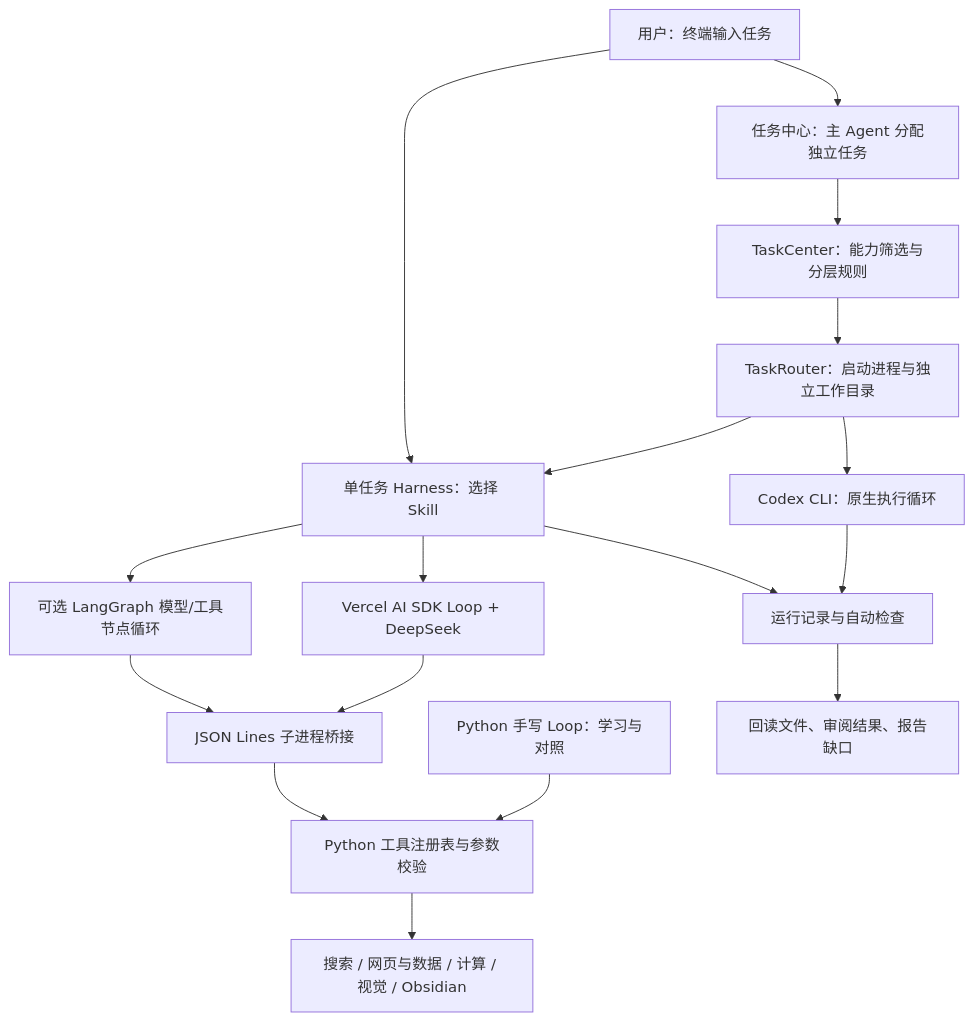
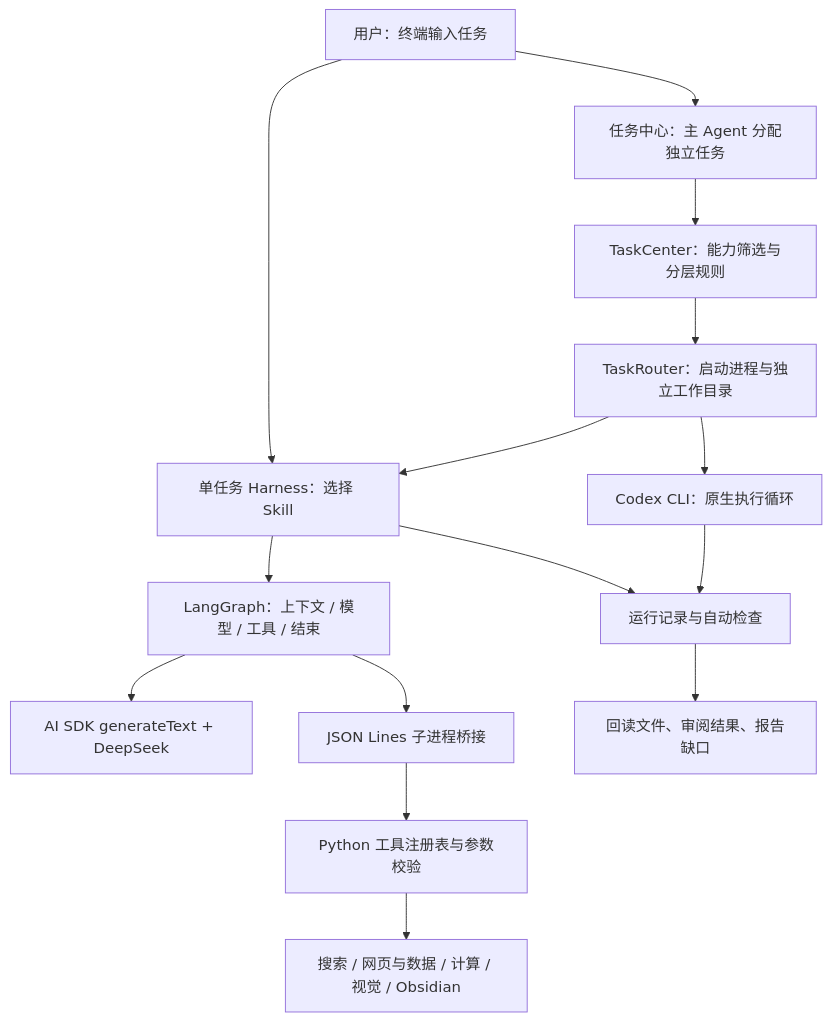
Before and after one commit to ashyh123/agent-harness: the diagram in README.md, drawn with Mermaid. The commit also changed other lines of this file and 60 other files, not shown here.

````diff
--- a/README.md
+++ b/README.md
@@ -24,19 +24,17 @@
 ```mermaid
 flowchart TD
     U[用户：终端输入任务] --> H[单任务 Harness：选择 Skill]
     U --> C[任务中心：主 Agent 分配独立任务]
     C --> D[TaskCenter：能力筛选与分层规则]
     D --> R[TaskRouter：启动进程与独立工作目录]
     R --> H
     R --> X[Codex CLI：原生执行循环]
-    H --> L[Vercel AI SDK Loop + DeepSeek]
-    H --> G[可选 LangGraph 模型/工具节点循环]
-    G --> B
-    L --> B[JSON Lines 子进程桥接]
+    H --> G[LangGraph：上下文 / 模型 / 工具 / 结束]
+    G --> M[AI SDK generateText + DeepSeek]
+    G --> B[JSON Lines 子进程桥接]
     B --> T[Python 工具注册表与参数校验]
-    P[Python 手写 Loop：学习与对照] --> T
     T --> S[搜索 / 网页与数据 / 计算 / 视觉 / Obsidian]
     H --> V[运行记录与自动检查]
     X --> V
     V --> A[回读文件、审阅结果、报告缺口]
 ```
````
